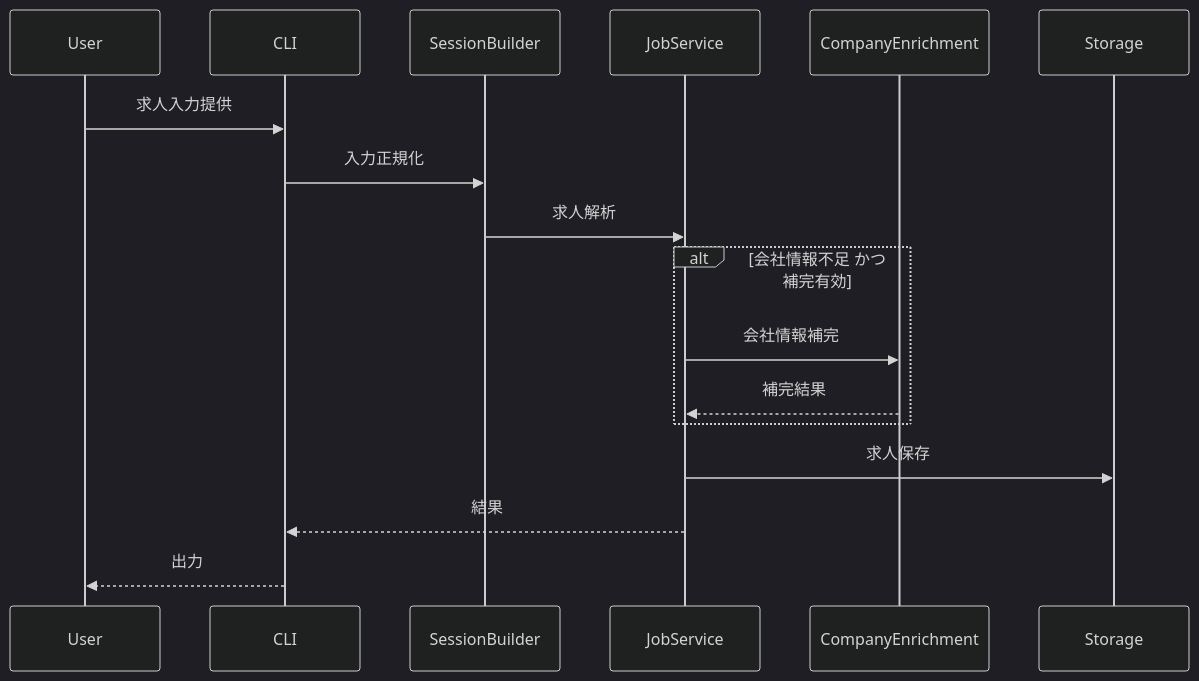
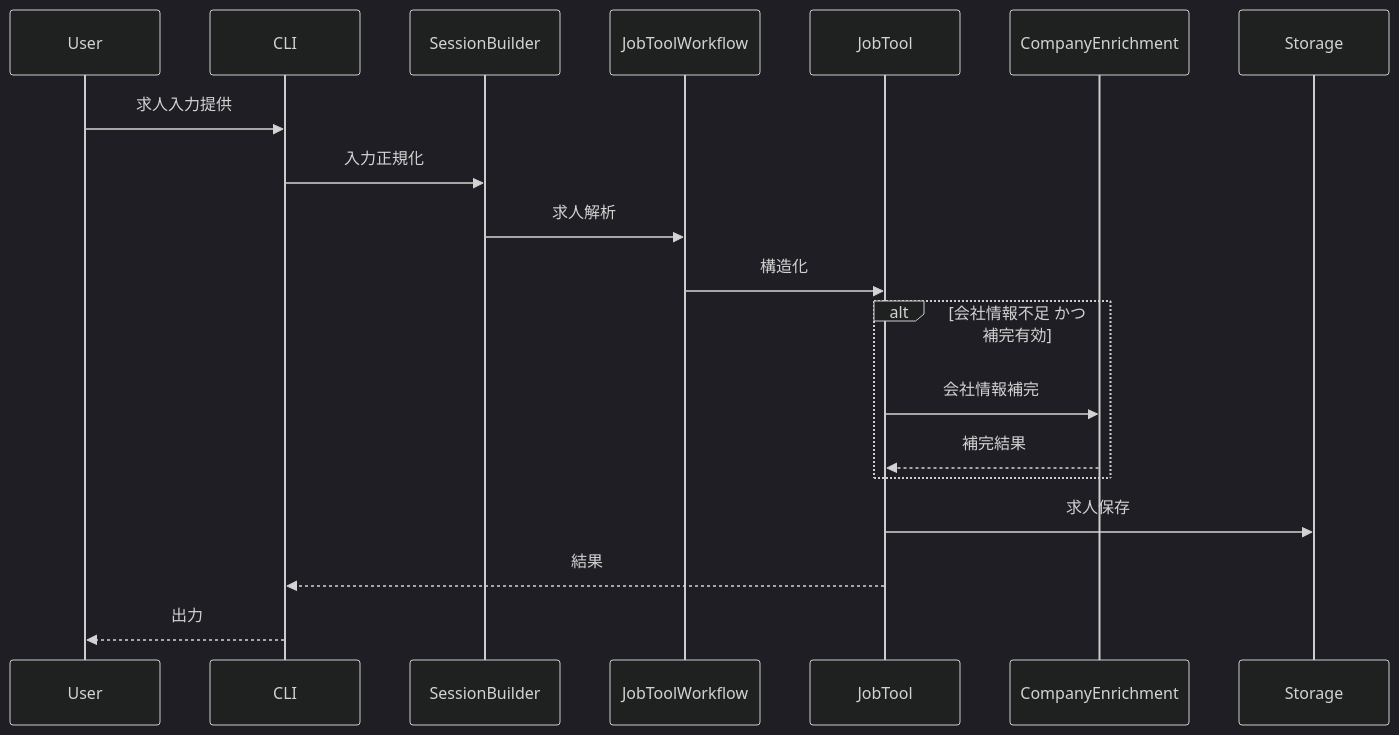
Before and after one commit to n4cl/career-agent: the third of 4 diagrams in .kiro/specs/agent-core/design.md, drawn with Mermaid (dark theme). The commit also changed other lines of this file and 3 other files, not shown here.

````diff
--- a/.kiro/specs/agent-core/design.md
+++ b/.kiro/specs/agent-core/design.md
@@ -104,19 +114,21 @@
 ```mermaid
 sequenceDiagram
     participant User
     participant CLI
     participant SessionBuilder
-    participant JobService
+    participant JobToolWorkflow
+    participant JobTool
     participant CompanyEnrichment
     participant Storage
     User->>CLI: 求人入力提供
     CLI->>SessionBuilder: 入力正規化
-    SessionBuilder->>JobService: 求人解析
+    SessionBuilder->>JobToolWorkflow: 求人解析
+    JobToolWorkflow->>JobTool: 構造化
     alt 会社情報不足 かつ 補完有効
-        JobService->>CompanyEnrichment: 会社情報補完
-        CompanyEnrichment-->>JobService: 補完結果
+        JobTool->>CompanyEnrichment: 会社情報補完
+        CompanyEnrichment-->>JobTool: 補完結果
     end
-    JobService->>Storage: 求人保存
-    JobService-->>CLI: 結果
+    JobTool->>Storage: 求人保存
+    JobTool-->>CLI: 結果
     CLI-->>User: 出力
 ```
````
